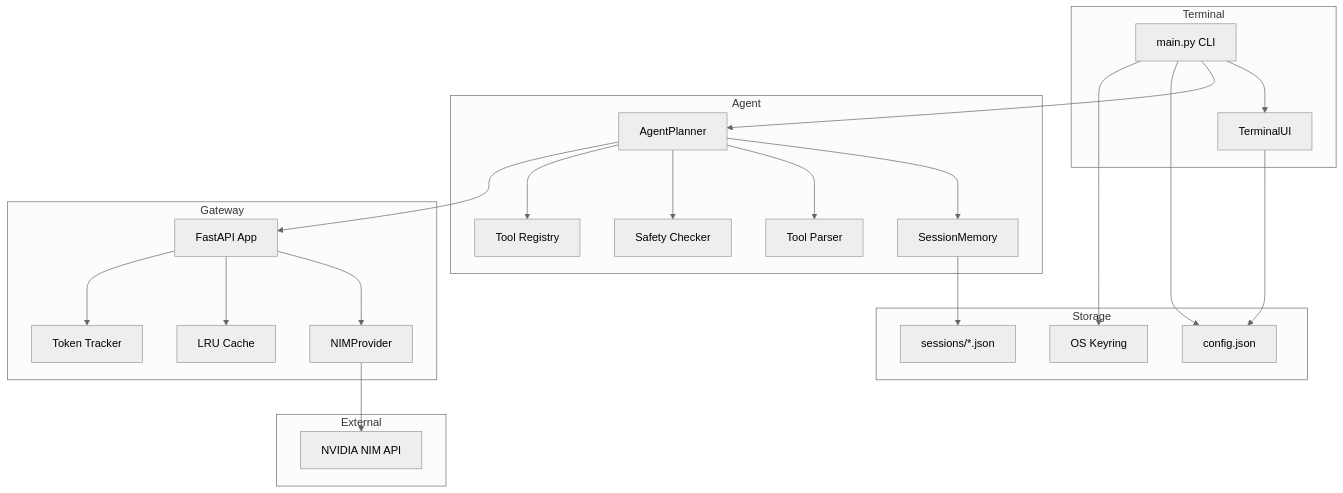
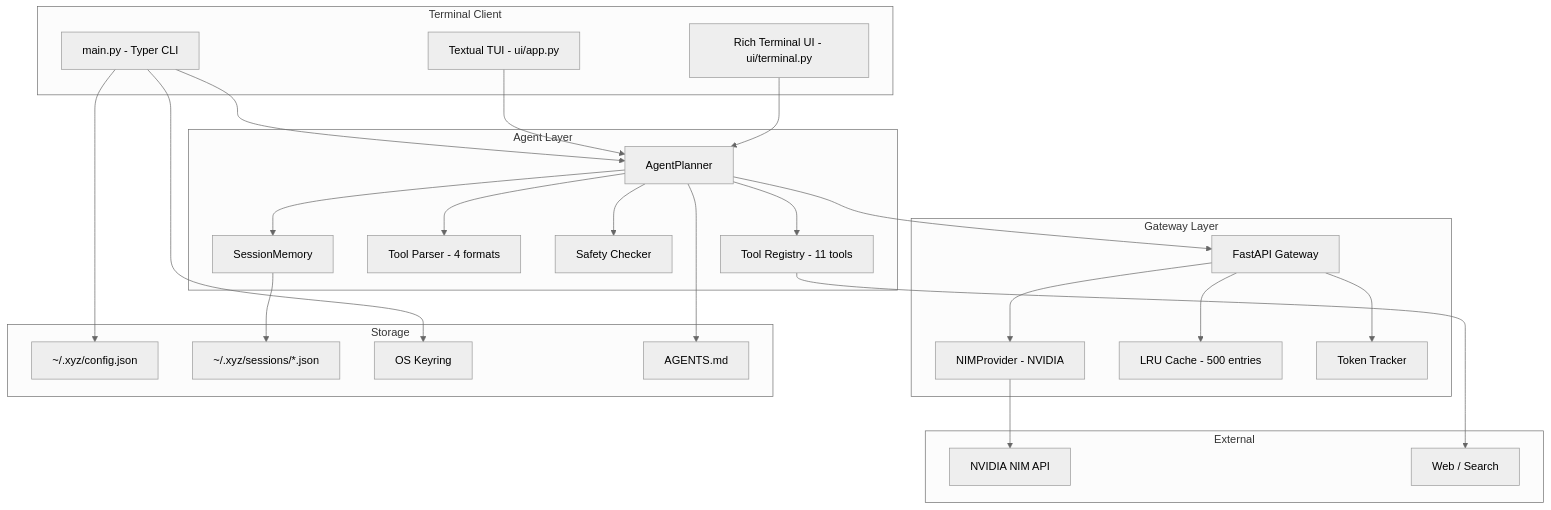
Before and after one commit to krsatyam36/xyz: the second of 8 diagrams in README.md, drawn with Mermaid (neutral theme). The commit also changed other lines of this file and 44 other files, not shown here.

````diff
--- a/README.md
+++ b/README.md
@@ -63,48 +114,53 @@
 ```mermaid
 graph TB
-    subgraph "Terminal"
-        CLI[main.py CLI]
-        UI[TerminalUI]
+    subgraph "Terminal Client"
+        CLI[main.py - Typer CLI]
+        TUI[Textual TUI - ui/app.py]
+        RTUI[Rich Terminal UI - ui/terminal.py]
     end
 
-    subgraph "Agent"
+    subgraph "Agent Layer"
         Planner[AgentPlanner]
         Memory[SessionMemory]
-        Parser[Tool Parser]
+        Parser[Tool Parser - 4 formats]
         Safety[Safety Checker]
-        Tools[Tool Registry]
+        Tools[Tool Registry - 11 tools]
     end
 
-    subgraph "Gateway"
-        FastAPI[FastAPI App]
-        Provider[NIMProvider]
-        Cache[LRU Cache]
+    subgraph "Gateway Layer"
+        FastAPI[FastAPI Gateway]
+        Provider[NIMProvider - NVIDIA]
+        Cache[LRU Cache - 500 entries]
         Tracker[Token Tracker]
     end
 
     subgraph "External"
         NIM[NVIDIA NIM API]
+        Web[Web / Search]
     end
 
     subgraph "Storage"
-        Config[config.json]
-        Sessions[sessions/*.json]
+        Config[~/.xyz/config.json]
+        Sessions[~/.xyz/sessions/*.json]
         Keyring[OS Keyring]
+        Agents[AGENTS.md]
     end
 
-    CLI --> UI
     CLI --> Planner
+    TUI --> Planner
+    RTUI --> Planner
     Planner --> Memory
     Planner --> Parser
     Planner --> Safety
     Planner --> Tools
     Planner --> FastAPI
     FastAPI --> Provider
     FastAPI --> Cache
     FastAPI --> Tracker
     Provider --> NIM
+    Tools --> Web
     CLI --> Config
     Memory --> Sessions
     CLI --> Keyring
-    UI --> Config
+    Planner --> Agents
 ```
````
